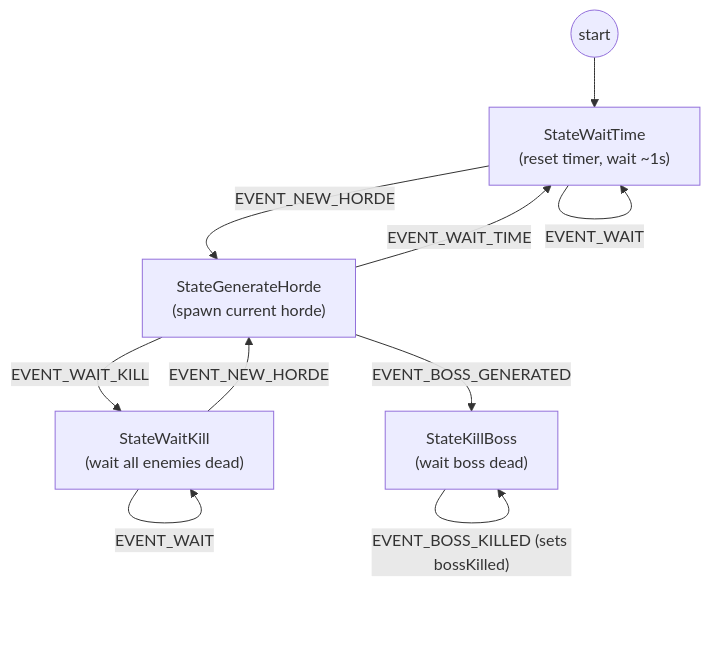
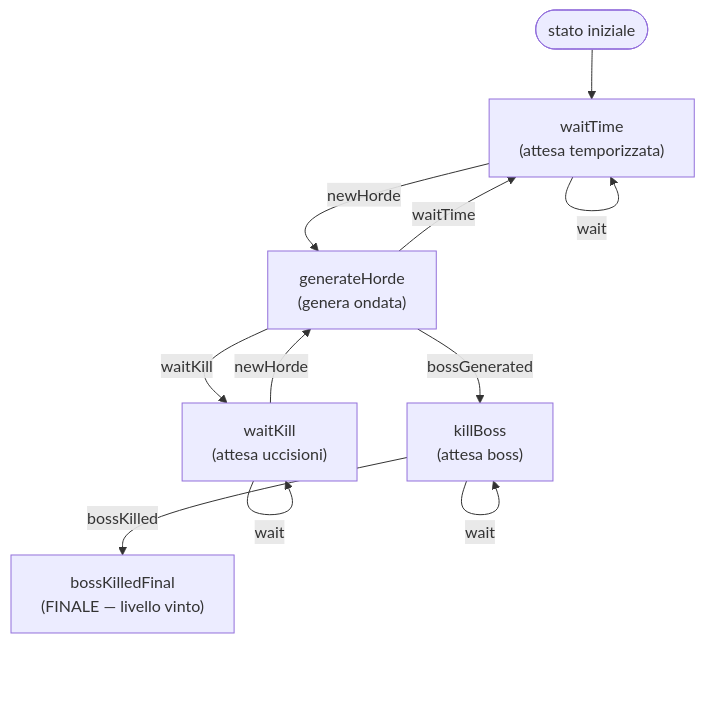
One commit to alesky78/TigerSupply changed the seventh of 7 diagrams in documentation/subsystems/enemy-spawn-lifecycle/index.md. Above: the diagram before and after it, drawn with Mermaid. The commit also changed other lines of this file and 11 other files, not shown here.

````diff
--- a/documentation/subsystems/enemy-spawn-lifecycle/index.md
+++ b/documentation/subsystems/enemy-spawn-lifecycle/index.md
@@ -250,16 +350,13 @@
 ```mermaid
 flowchart TD
-    START(("start")) --> WT["StateWaitTime<br/>(reset timer, wait ~1s)"]
-    WT -->|"EVENT_WAIT"| WT
-    WT -->|"EVENT_NEW_HORDE"| GH["StateGenerateHorde<br/>(spawn current horde)"]
-
-    GH -->|"EVENT_WAIT_TIME"| WT
-    GH -->|"EVENT_WAIT_KILL"| WK["StateWaitKill<br/>(wait all enemies dead)"]
-    GH -->|"EVENT_BOSS_GENERATED"| KB["StateKillBoss<br/>(wait boss dead)"]
-
-    WK -->|"EVENT_WAIT"| WK
-    WK -->|"EVENT_NEW_HORDE"| GH
-
-    KB -->|"EVENT_WAIT"| KB
-    KB -->|"EVENT_BOSS_KILLED (sets bossKilled)"| KB
+    START([stato iniziale]) --> WT["waitTime<br/>(attesa temporizzata)"]
+    WT -->|wait| WT
+    WT -->|newHorde| GH["generateHorde<br/>(genera ondata)"]
+    WK["waitKill<br/>(attesa uccisioni)"] -->|wait| WK
+    WK -->|newHorde| GH
+    GH -->|waitTime| WT
+    GH -->|waitKill| WK
+    GH -->|bossGenerated| KB["killBoss<br/>(attesa boss)"]
+    KB -->|wait| KB
+    KB -->|bossKilled| BK["bossKilledFinal<br/>(FINALE — livello vinto)"]
 ```
````
